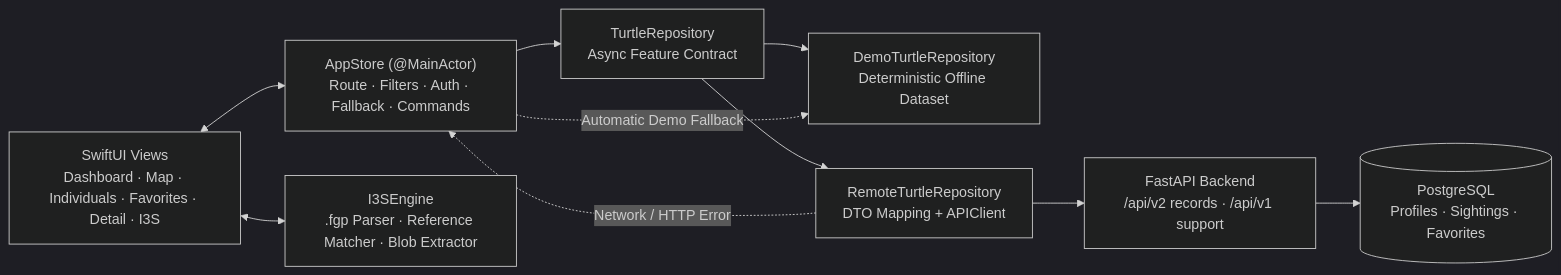
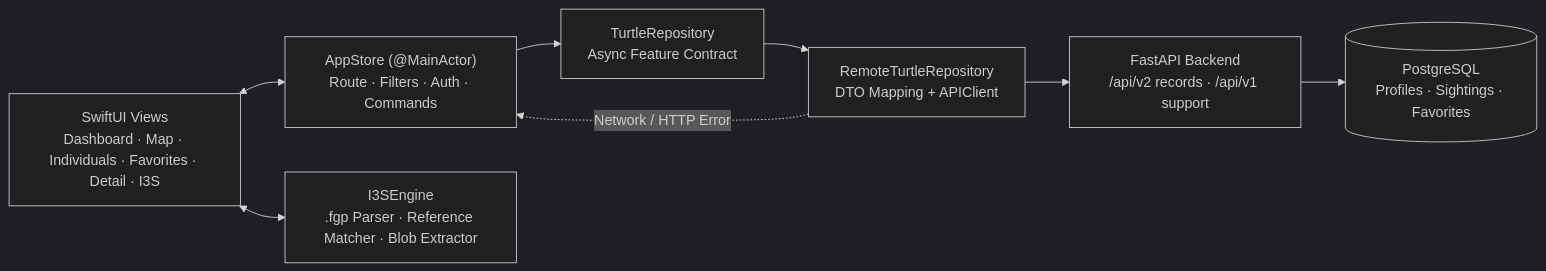
Before and after one commit to gungfebrian/Ada_Penyu_Mac: the diagram in README.md, drawn with Mermaid (dark theme). The commit also changed other lines of this file and 8 other files, not shown here.

````diff
--- a/README.md
+++ b/README.md
@@ -46,20 +46,17 @@
 ```mermaid
 flowchart LR
     UI["SwiftUI Views\nDashboard · Map · Individuals · Favorites · Detail · I3S"]
-    STORE["AppStore (@MainActor)\nRoute · Filters · Auth · Fallback · Commands"]
+    STORE["AppStore (@MainActor)\nRoute · Filters · Auth · Commands"]
     REPO["TurtleRepository\nAsync Feature Contract"]
-    DEMO["DemoTurtleRepository\nDeterministic Offline Dataset"]
     API["RemoteTurtleRepository\nDTO Mapping + APIClient"]
     I3S["I3SEngine\n.fgp Parser · Reference Matcher · Blob Extractor"]
     BE["FastAPI Backend\n/api/v2 records · /api/v1 support"]
     DB[("PostgreSQL\nProfiles · Sightings · Favorites")]
 
     UI <--> STORE
     UI <--> I3S
     STORE --> REPO
-    REPO --> DEMO
     REPO --> API
     API --> BE --> DB
     API -. "Network / HTTP Error" .-> STORE
-    STORE -. "Automatic Demo Fallback" .-> DEMO
 ```
````
